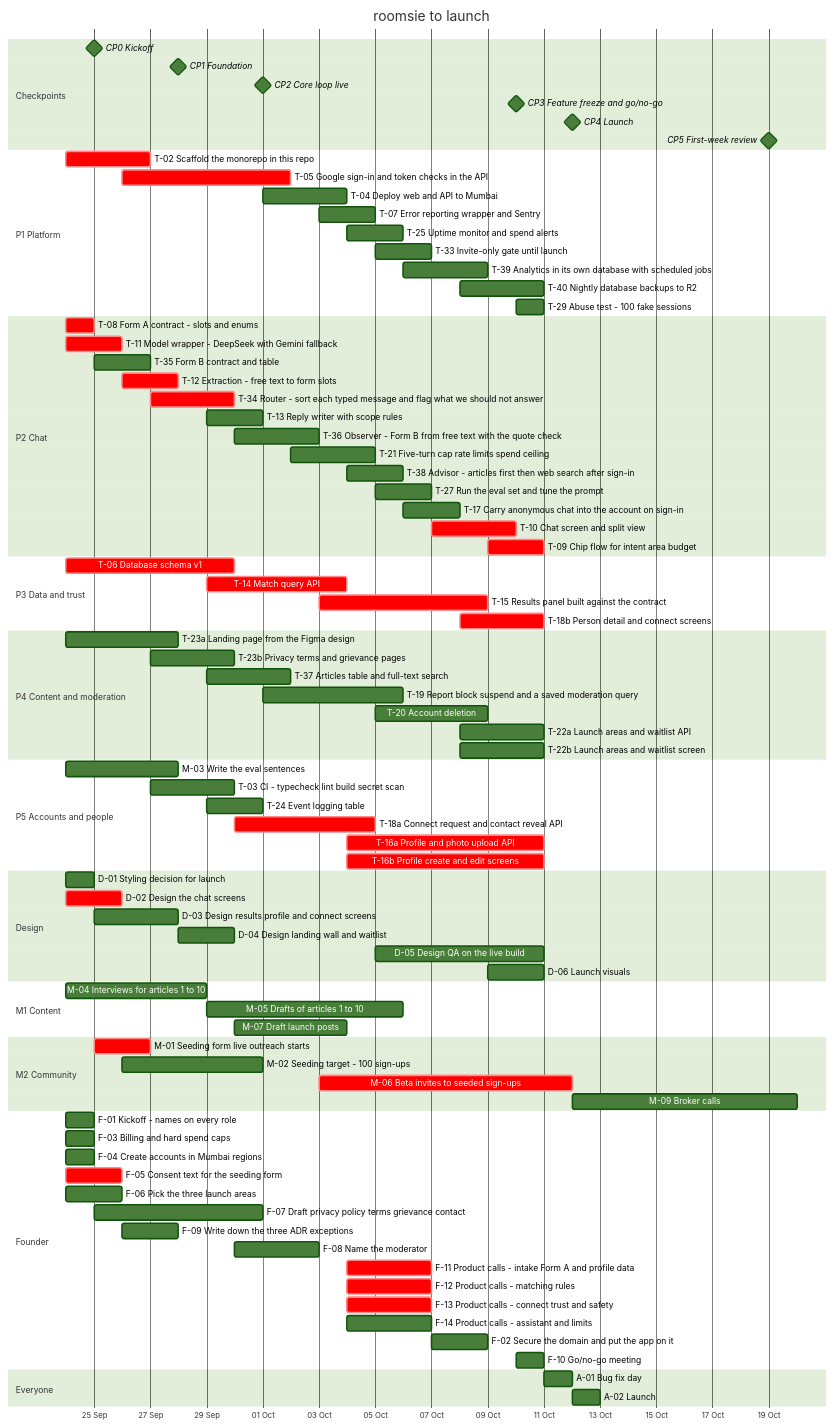
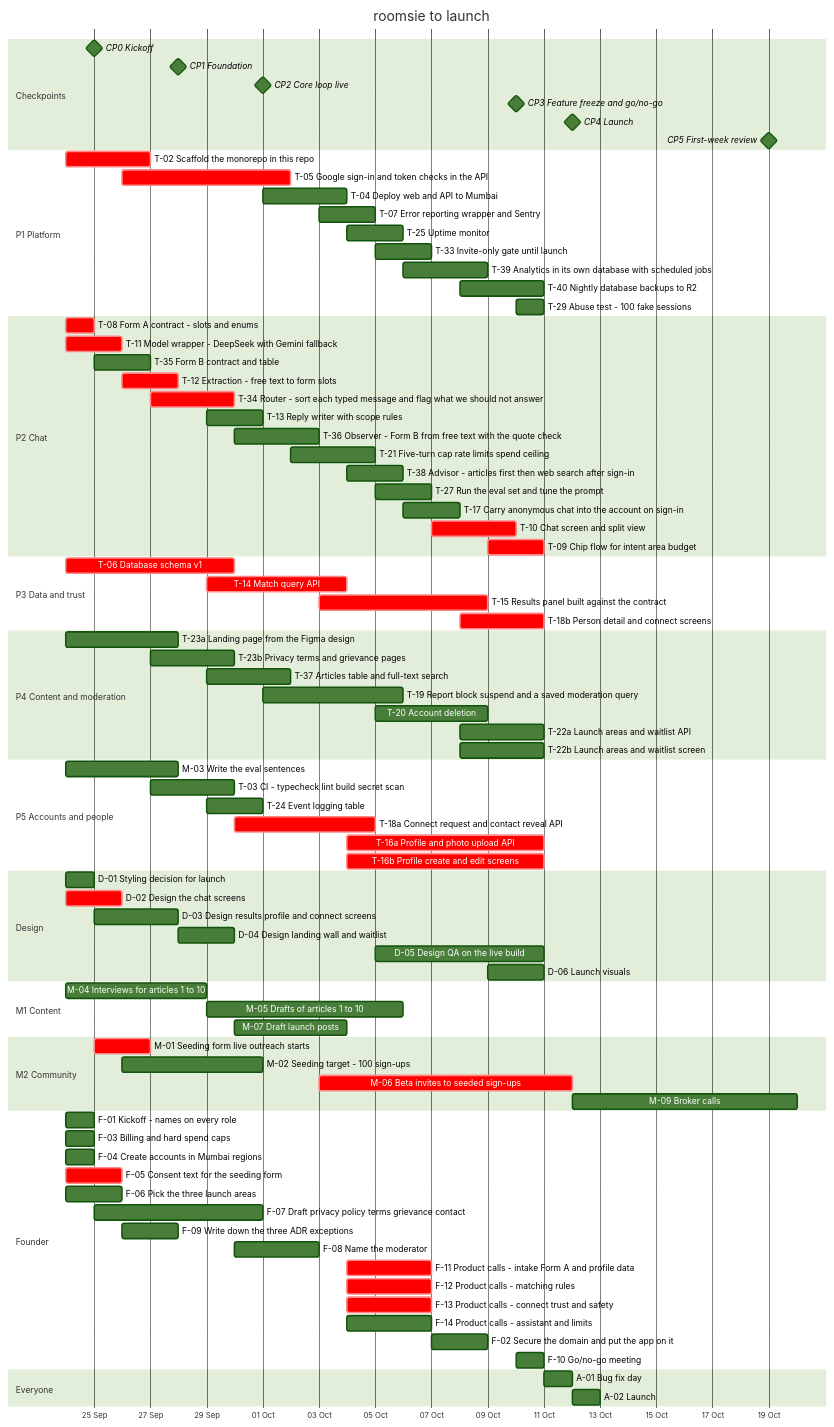
The diagram in docs/team-plan.md (magentawood/roomsie), drawn with Mermaid (forest theme) before and after one commit. The commit also changed other lines of this file and 14 other files, not shown here.

First line of the commit message:
T-25: the uptime monitor; the spend alert moves to T-21

```diff
--- a/docs/team-plan.md
+++ b/docs/team-plan.md
@@ -299,7 +299,7 @@
     T-05 Google sign-in and token checks in the API :crit, t05, 2026-09-26, 6d
     T-04 Deploy web and API to Mumbai :t04, 2026-10-01, 3d
     T-07 Error reporting wrapper and Sentry :t07, 2026-10-03, 2d
-    T-25 Uptime monitor and spend alerts :t25, 2026-10-04, 2d
+    T-25 Uptime monitor :t25, 2026-10-04, 2d
     T-33 Invite-only gate until launch :t33, 2026-10-05, 2d
     T-39 Analytics in its own database with scheduled jobs :t39, 2026-10-06, 3d
     T-40 Nightly database backups to R2 :t40, 2026-10-08, 3d
```
